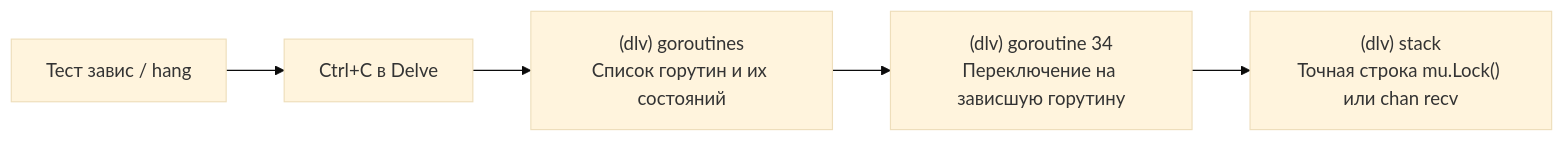
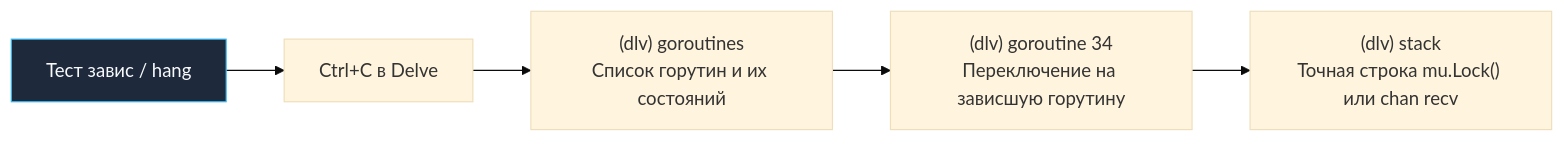
One commit to UnrealTemplier/go-textbook changed the second of 2 diagrams in sources/15. Тестирование в Go (QA & Testing)/10. Практика и CI/8. Debugging тестов.md. Above: the diagram before and after it, drawn with Mermaid (base theme). The commit also changed other lines of this file and 1666 other files, not shown here.

First line of the commit message:
feat(mermaid): add semantic color classDef to 1369 colorless flowchart/graph diagrams

````diff
--- a/sources/15. Тестирование в Go (QA & Testing)/10. Практика и CI/8. Debugging тестов.md
+++ b/sources/15. Тестирование в Go (QA & Testing)/10. Практика и CI/8. Debugging тестов.md
@@ -134,7 +144,17 @@
 ```mermaid
 flowchart LR
-    Hang["Тест завис / hang"] --> Pause["Ctrl+C в Delve"]
+    classDef process  fill:#1e293b,stroke:#38bdf8,stroke-width:1px,color:#f8fafc
+    classDef success  fill:#064e3b,stroke:#34d399,stroke-width:1px,color:#f8fafc
+    classDef error    fill:#7f1d1d,stroke:#f87171,stroke-width:1px,color:#f8fafc
+    classDef warning  fill:#78350f,stroke:#fbbf24,stroke-width:1px,color:#f8fafc
+    classDef entry    fill:#1e3a5f,stroke:#38bdf8,stroke-width:2px,color:#f8fafc
+    classDef aux      fill:#334155,stroke:#64748b,stroke-width:1px,color:#f8fafc
+    classDef system   fill:#312e81,stroke:#a78bfa,stroke-width:1px,color:#f8fafc
+    classDef data     fill:#132d29,stroke:#2dd4bf,stroke-width:1px,color:#f8fafc
+    classDef network  fill:#881337,stroke:#fb7185,stroke-width:1px,color:#f8fafc
+    classDef accent   fill:#1e1b4b,stroke:#818cf8,stroke-width:1px,color:#f8fafc
+    Hang["Тест завис / hang"]:::process --> Pause["Ctrl+C в Delve"]
     Pause --> List["(dlv) goroutines<br>Список горутин и их состояний"]
     List --> Inspect["(dlv) goroutine 34<br>Переключение на зависшую горутину"]
     Inspect --> StackTrace["(dlv) stack<br>Точная строка mu.Lock() или chan recv"]
 ```
````
